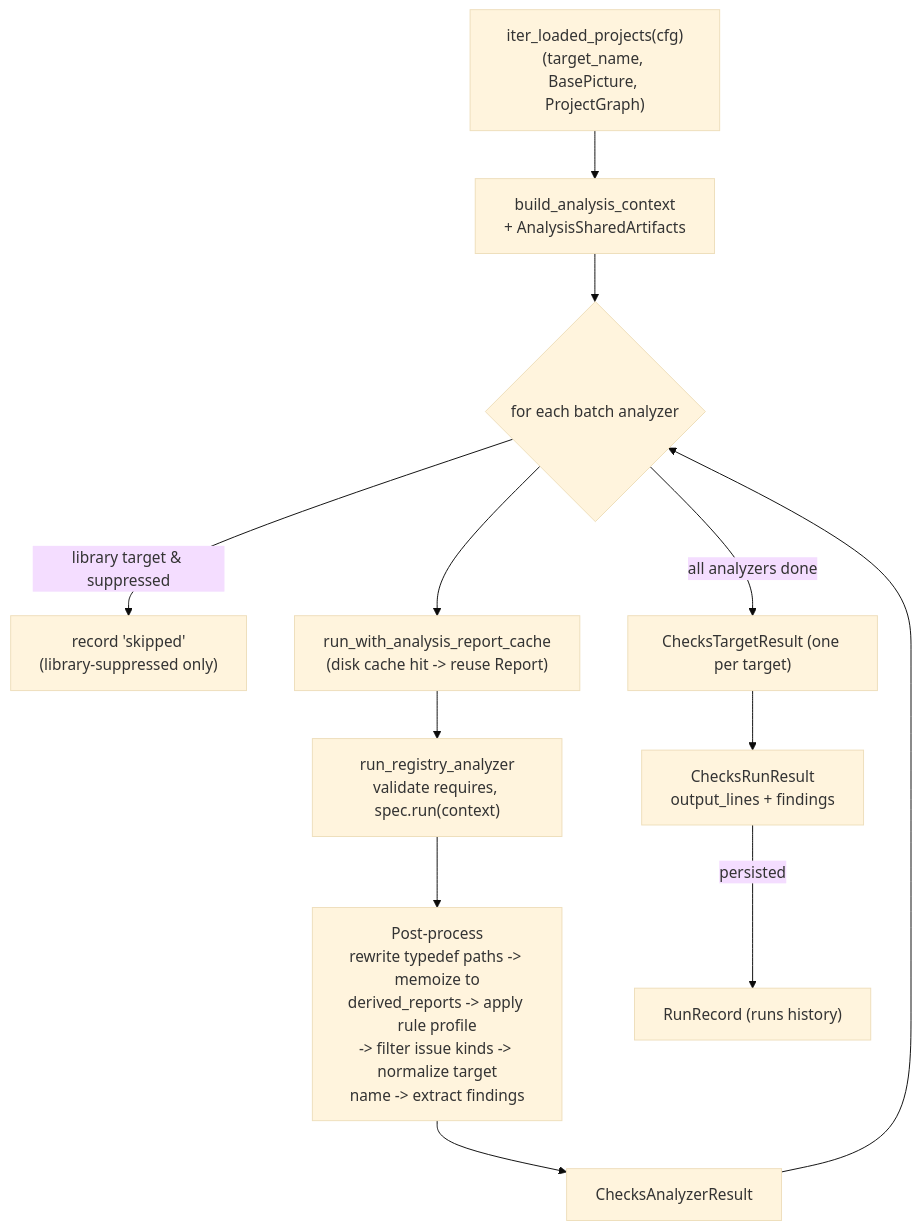
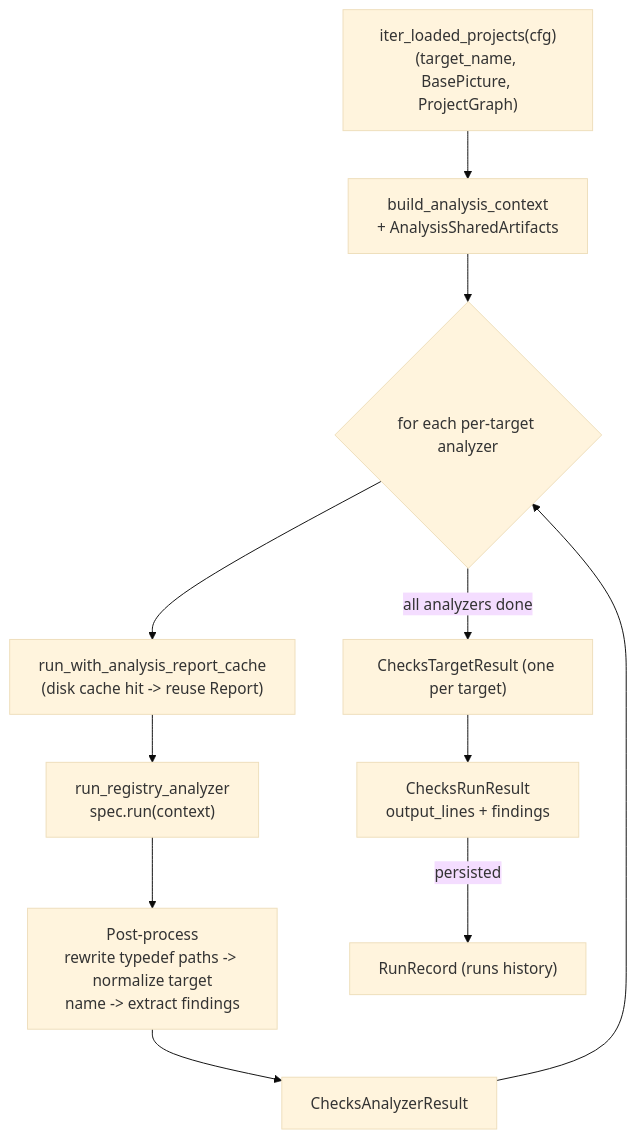
One commit to SorenHJohansen/SattLint changed the fourth of 5 diagrams in ARCHITECTURE.md. Above: the diagram before and after it, drawn with Mermaid (base theme). The commit also changed other lines of this file and 69 other files, not shown here.

````diff
--- a/ARCHITECTURE.md
+++ b/ARCHITECTURE.md
@@ -126,19 +122,17 @@
 ```mermaid
 flowchart TB
     Load["iter_loaded_projects(cfg)<br/>(target_name, BasePicture, ProjectGraph)"]
     Ctx["build_analysis_context<br/>+ AnalysisSharedArtifacts"]
-    Loop{"for each batch analyzer"}
-    Skip["record 'skipped'<br/>(library-suppressed only)"]
+    Loop{"for each per-target analyzer"}
     Cache["run_with_analysis_report_cache<br/>(disk cache hit -> reuse Report)"]
-    Run["run_registry_analyzer<br/>validate requires, spec.run(context)"]
-    Post["Post-process<br/>rewrite typedef paths -> memoize to<br/>derived_reports -> apply rule profile<br/>-> filter issue kinds -> normalize target<br/>name -> extract findings"]
+    Run["run_registry_analyzer<br/>spec.run(context)"]
+    Post["Post-process<br/>rewrite typedef paths -> normalize target<br/>name -> extract findings"]
     Res["ChecksAnalyzerResult"]
     Target["ChecksTargetResult (one per target)"]
     RunResult["ChecksRunResult<br/>output_lines + findings"]
 
     Load --> Ctx --> Loop
-    Loop -->|"library target & suppressed"| Skip
     Loop --> Cache --> Run --> Post --> Res --> Loop
     Loop -->|"all analyzers done"| Target --> RunResult
     RunResult -->|"persisted"| RunRecord["RunRecord (runs history)"]
 ```
````
